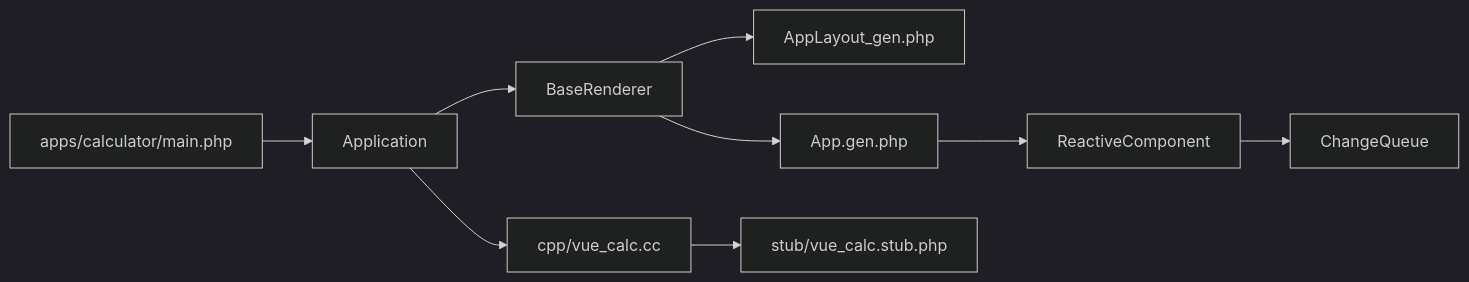
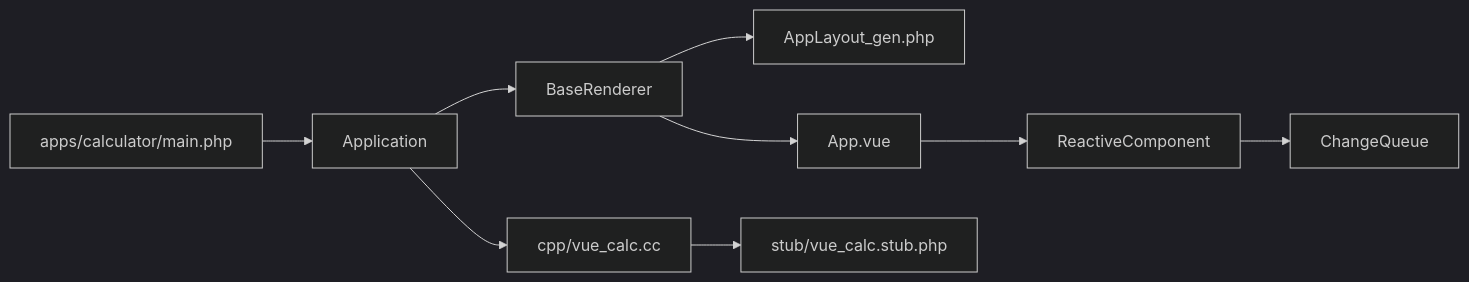
The seventh of 7 diagrams in .qoder/repowiki/zh/content/应用程序生命周期/应用程序生命周期.md (xingye00186/PHP-Data-UI-Framework-powered-by-swooleAOT), drawn with Mermaid (dark theme) before and after one commit. The commit also changed other lines of this file and 37 other files, not shown here.

````diff
--- a/.qoder/repowiki/zh/content/应用程序生命周期/应用程序生命周期.md
+++ b/.qoder/repowiki/zh/content/应用程序生命周期/应用程序生命周期.md
@@ -303,11 +303,11 @@
 ```mermaid
 graph LR
 MAIN["apps/calculator/main.php"] --> APP["Application"]
 APP --> RENDER["BaseRenderer"]
 RENDER --> LAYOUT["AppLayout_gen.php"]
-RENDER --> CALC["App.gen.php"]
+RENDER --> CALC["App.vue"]
 CALC --> BASE["ReactiveComponent"]
 BASE --> Q["ChangeQueue"]
 APP --> CPP["cpp/vue_calc.cc"]
 CPP --> STUB["stub/vue_calc.stub.php"]
 ```
````
